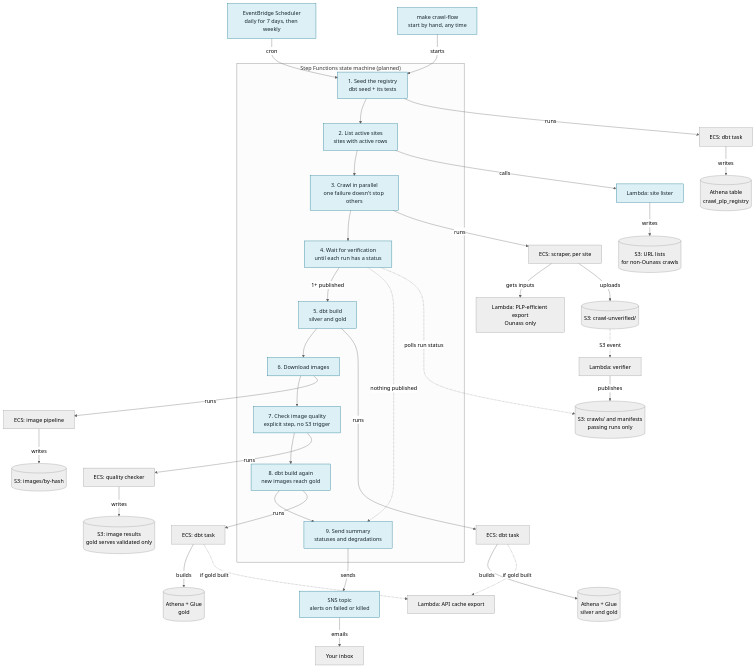
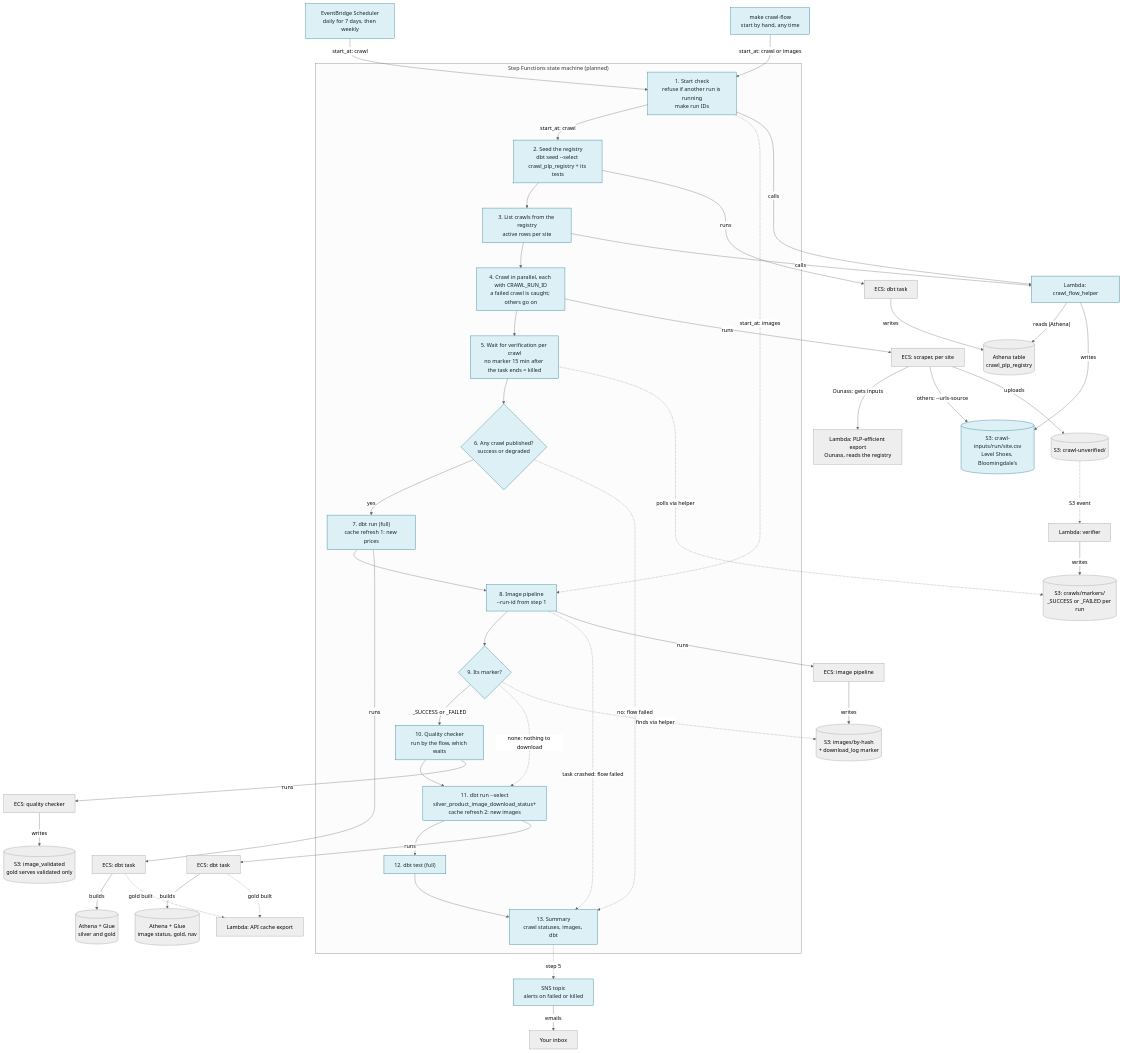
The first of 3 diagrams in docs/cicd_architecture.md (tareklel/ecommerce-scraper), drawn with Mermaid (neutral theme) before and after one commit. The commit also changed other lines of this file and 2 other files, not shown here.

Commit message:
docs: CI/CD step 3 design agreed; registry read for every site

````diff
--- a/docs/cicd_architecture.md
+++ b/docs/cicd_architecture.md
@@ -22,69 +24,82 @@
 ```mermaid
 flowchart TD
   sched["EventBridge Scheduler<br/>daily for 7 days, then weekly"]:::planned
   manual["make crawl-flow<br/>start by hand, any time"]:::planned
-  sched -->|cron| s1
-  manual -->|starts| s1
+  sched -->|"start_at: crawl"| s1
+  manual -->|"start_at: crawl or images"| s1
 
   subgraph sfn["Step Functions state machine (planned)"]
-    s1["1. Seed the registry<br/>dbt seed + its tests"]:::planned
-    s2["2. List active sites<br/>sites with active rows"]:::planned
-    s3["3. Crawl in parallel<br/>one failure doesn't stop others"]:::planned
-    s4["4. Wait for verification<br/>until each run has a status"]:::planned
-    s5["5. dbt build<br/>silver and gold"]:::planned
-    s6["6. Download images"]:::planned
-    s7["7. Check image quality<br/>explicit step, no S3 trigger"]:::planned
-    s8["8. dbt build again<br/>new images reach gold"]:::planned
-    s9["9. Send summary<br/>statuses and degradations"]:::planned
-    s1 --> s2 --> s3 --> s4
-    s4 -->|"1+ published"| s5
-    s5 --> s6 --> s7 --> s8 --> s9
-    s4 -.->|"nothing published"| s9
+    s1["1. Start check<br/>refuse if another run is running<br/>make run IDs"]:::planned
+    s2["2. Seed the registry<br/>dbt seed --select crawl_plp_registry + its tests"]:::planned
+    s3["3. List crawls from the registry<br/>active rows per site"]:::planned
+    s4["4. Crawl in parallel, each with CRAWL_RUN_ID<br/>a failed crawl is caught; others go on"]:::planned
+    s5["5. Wait for verification per crawl<br/>no marker 15 min after the task ends = killed"]:::planned
+    s6{"6. Any crawl published?<br/>success or degraded"}:::planned
+    s7["7. dbt run (full)<br/>cache refresh 1: new prices"]:::planned
+    s8["8. Image pipeline<br/>--run-id from step 1"]:::planned
+    s9{"9. Its marker?"}:::planned
+    s10["10. Quality checker<br/>run by the flow, which waits"]:::planned
+    s11["11. dbt run --select<br/>silver_product_image_download_status+<br/>cache refresh 2: new images"]:::planned
+    s12["12. dbt test (full)"]:::planned
+    s13["13. Summary<br/>crawl statuses, images, dbt"]:::planned
+    s1 -->|"start_at: crawl"| s2 --> s3 --> s4 --> s5 --> s6
+    s1 -.->|"start_at: images"| s8
+    s6 -->|yes| s7 --> s8 --> s9
+    s6 -.->|"no: flow failed"| s13
+    s9 -->|"_SUCCESS or _FAILED"| s10 --> s11
+    s9 -.->|"none: nothing to download"| s11
+    s8 -.->|"task crashed: flow failed"| s13
+    s11 --> s12 --> s13
   end
 
   dbt1["ECS: dbt task"]
   reg[("Athena table<br/>crawl_plp_registry")]
-  s1 -->|runs| dbt1 -->|writes| reg
+  s2 -->|runs| dbt1 -->|writes| reg
 
-  lister["Lambda: site lister"]:::planned
-  urls[("S3: URL lists<br/>for non-Ounass crawls")]
-  s2 -->|calls| lister -->|writes| urls
+  helper["Lambda: crawl_flow_helper"]:::planned
+  urls[("S3: crawl-inputs/run/site.csv<br/>Level Shoes, Bloomingdale's")]:::planned
+  s1 -->|calls| helper
+  s3 -->|calls| helper
+  helper -->|"reads (Athena)"| reg
+  helper -->|writes| urls
 
   scraper["ECS: scraper, per site"]
-  exportfn["Lambda: PLP-efficient export<br/>Ounass only"]
+  exportfn["Lambda: PLP-efficient export<br/>Ounass, reads the registry"]
   unverified[("S3: crawl-unverified/")]
-  s3 -->|runs| scraper
-  scraper -->|"gets inputs"| exportfn
+  s4 -->|runs| scraper
+  scraper -->|"Ounass: gets inputs"| exportfn
+  scraper -->|"others: --urls-source"| urls
   scraper -->|uploads| unverified
 
   verifier["Lambda: verifier"]
-  published[("S3: crawls/ and manifests<br/>passing runs only")]
+  markers[("S3: crawls/markers/<br/>_SUCCESS or _FAILED per run")]
   unverified -.->|"S3 event"| verifier
-  verifier -->|publishes| published
-  s4 -.->|"polls run status"| published
+  verifier -->|writes| markers
+  s5 -.->|"polls via helper"| markers
 
   dbt2["ECS: dbt task"]
   silver[("Athena + Glue<br/>silver and gold")]
-  s5 -->|runs| dbt2 -->|builds| silver
+  s7 -->|runs| dbt2 -->|builds| silver
 
   images["ECS: image pipeline"]
-  blobs[("S3: images/by-hash")]
-  s6 -->|runs| images -->|writes| blobs
+  blobs[("S3: images/by-hash<br/>+ download_log marker")]
+  s8 -->|runs| images -->|writes| blobs
+  s9 -.->|"finds via helper"| blobs
 
   checker["ECS: quality checker"]
-  results[("S3: image results<br/>gold serves validated only")]
-  s7 -->|runs| checker -->|writes| results
+  results[("S3: image_validated<br/>gold serves validated only")]
+  s10 -->|runs| checker -->|writes| results
 
   dbt3["ECS: dbt task"]
-  gold[("Athena + Glue<br/>gold")]
+  gold[("Athena + Glue<br/>image status, gold, nav")]
   apicache["Lambda: API cache export"]
-  s8 -->|runs| dbt3 -->|builds| gold
-  dbt3 -.->|"if gold built"| apicache
-  dbt2 -.->|"if gold built"| apicache
+  s11 -->|runs| dbt3 -->|builds| gold
+  dbt2 -.->|"gold built"| apicache
+  dbt3 -.->|"gold built"| apicache
 
   sns["SNS topic<br/>alerts on failed or killed"]:::planned
   inbox["Your inbox"]
-  s9 -->|sends| sns -->|emails| inbox
+  s13 -.->|"step 5"| sns -->|emails| inbox
 
   classDef planned fill:#ddf0f5,stroke:#0b6f8a,color:#16232d
 ```
````
